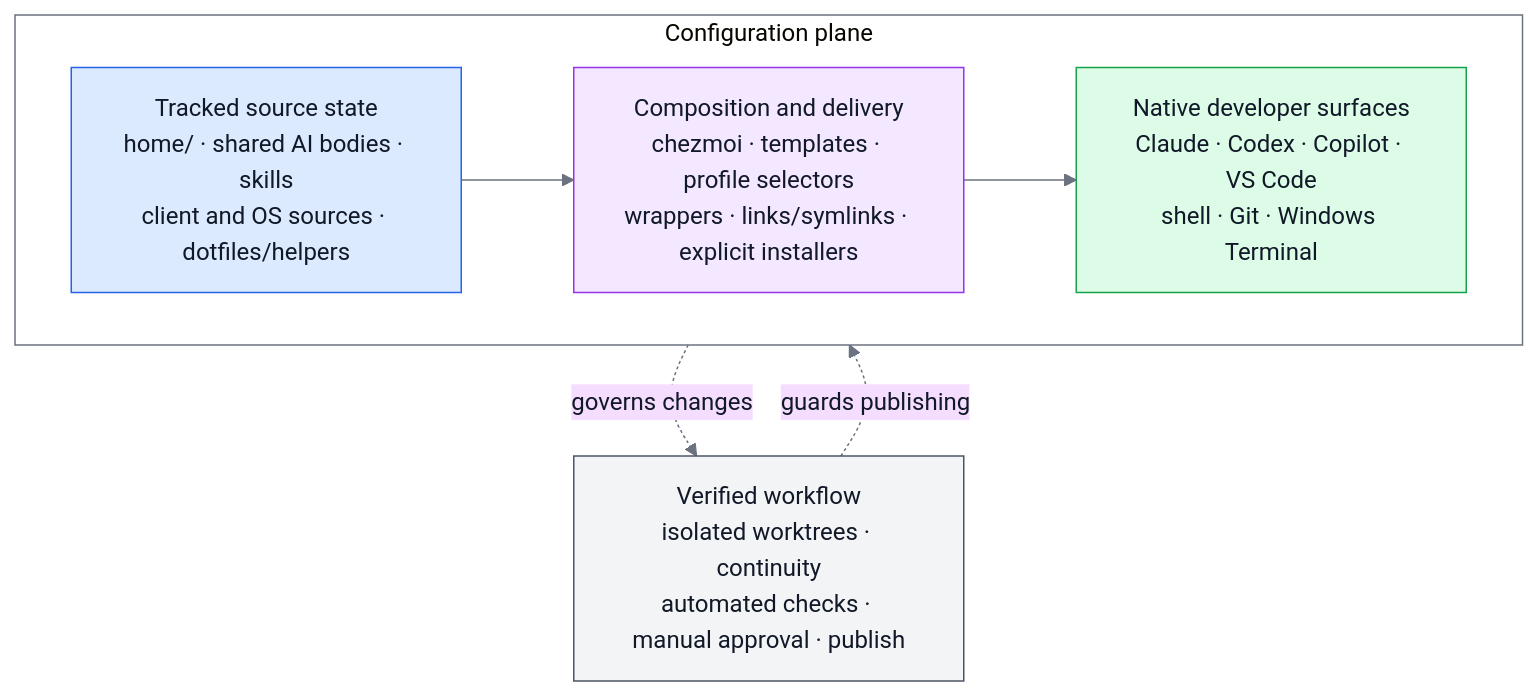
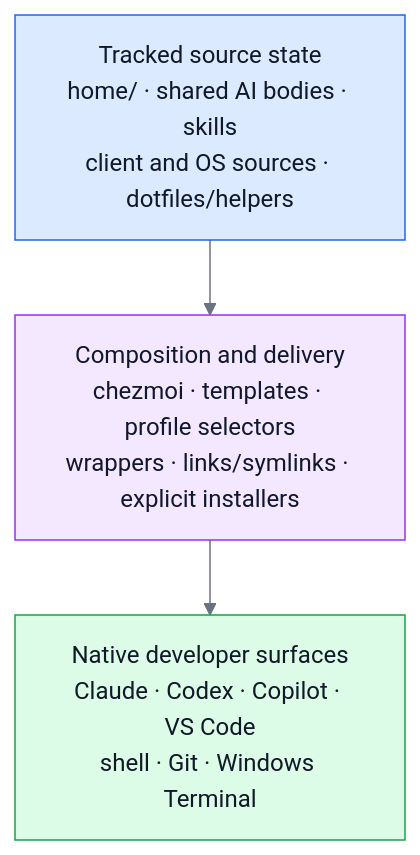
Before and after one commit to sherrilla71940/dotfiles: the first of 4 diagrams in README.md, drawn with Mermaid. The commit also changed other lines of this file and 2 other files, not shown here.

Commit message:
docs(readme): separate architecture and workflow views

````diff
--- a/README.md
+++ b/README.md
@@ -56,26 +60,16 @@
 ```mermaid
 %%{init: {"theme": "base", "themeVariables": {"primaryTextColor": "#111827", "nodeTextColor": "#111827", "textColor": "#111827", "lineColor": "#6b7280"}, "flowchart": {"useMaxWidth": true}}}%%
 flowchart TB
-    subgraph configuration["Configuration plane"]
-        direction LR
-        sources["Tracked source state<br/>home/ · shared AI bodies · skills<br/>client and OS sources · dotfiles/helpers"]:::source
-        delivery["Composition and delivery<br/>chezmoi · templates · profile selectors<br/>wrappers · links/symlinks · explicit installers"]:::process
-        targets["Native developer surfaces<br/>Claude · Codex · Copilot · VS Code<br/>shell · Git · Windows Terminal"]:::target
-        sources --> delivery --> targets
-    end
-
-    workflow["Verified workflow<br/>isolated worktrees · continuity<br/>automated checks · manual approval · publish"]:::workflow
-    delivery -. "governs changes" .-> workflow
-    workflow -. "guards publishing" .-> targets
+    sources["Tracked source state<br/>home/ · shared AI bodies · skills<br/>client and OS sources · dotfiles/helpers"]:::source
+    delivery["Composition and delivery<br/>chezmoi · templates · profile selectors<br/>wrappers · links/symlinks · explicit installers"]:::process
+    targets["Native developer surfaces<br/>Claude · Codex · Copilot · VS Code<br/>shell · Git · Windows Terminal"]:::target
+    sources --> delivery --> targets
 
     classDef source fill:#dbeafe,stroke:#2563eb,color:#111827
     classDef process fill:#f3e8ff,stroke:#9333ea,color:#111827
     classDef target fill:#dcfce7,stroke:#16a34a,color:#111827
-    classDef workflow fill:#f3f4f6,stroke:#4b5563,color:#111827
 
     style sources color:#111827
     style delivery color:#111827
     style targets color:#111827
-    style workflow color:#111827
-    style configuration fill:transparent,stroke:#6b7280,stroke-width:1px
 ```
````
